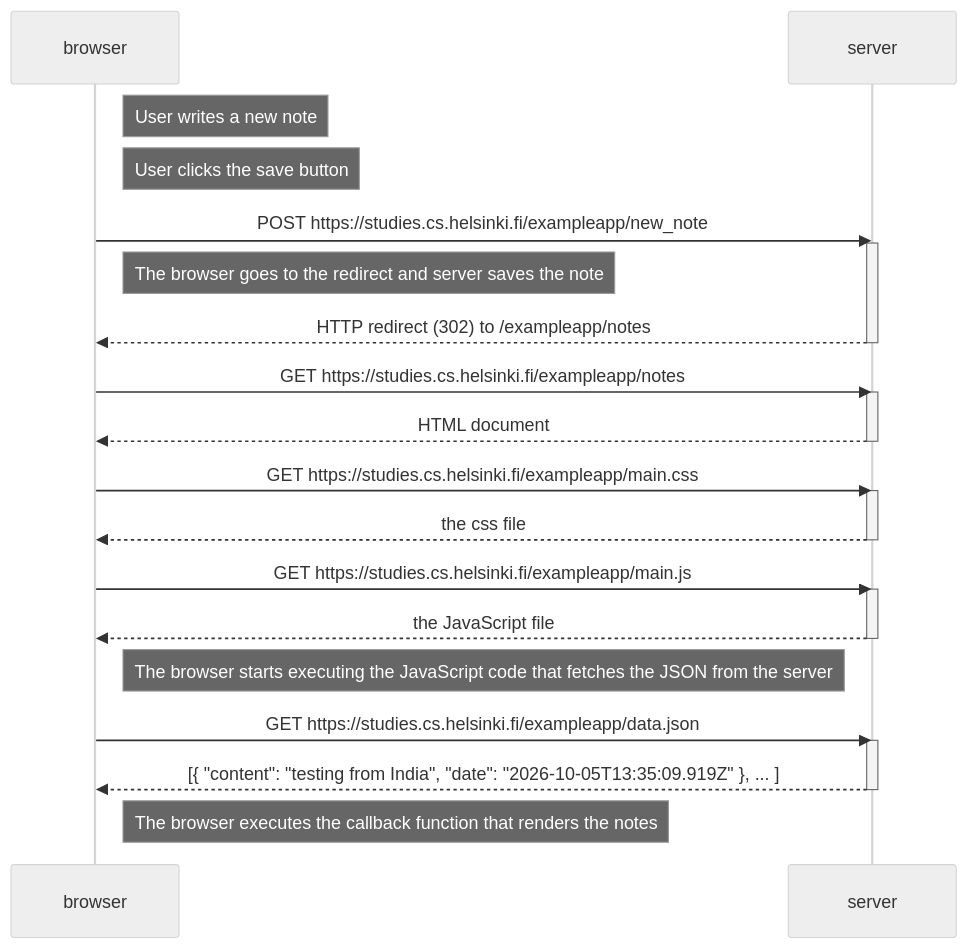
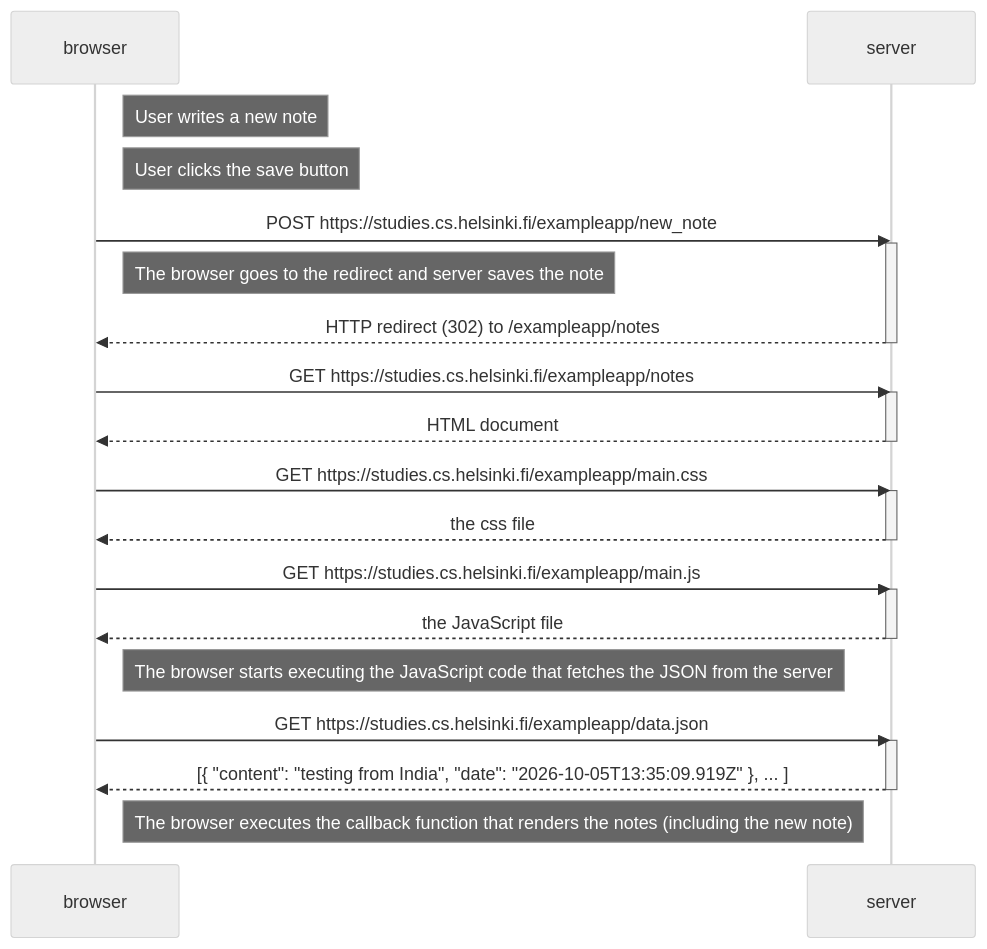
The diagram in osa0/0.4.md (nobepe/full-stack-open), drawn with Mermaid (neutral theme) before and after one commit.

Commit message:
final 0.4.md & updated description
en oikein täysin vielä voi sanoa varmaksi että olisi täysin oikein mutta mitä jäi luvusta käteen niin niillä eväillä näyttäisi minun harjoittamattomaan silmään ihan järkevältä == final versio

````diff
--- a/osa0/0.4.md
+++ b/osa0/0.4.md
@@ -1,38 +1,38 @@
 ```mermaid
 sequenceDiagram
     participant browser
     participant server
 
     Note right of browser: User writes a new note
     Note right of browser: User clicks the save button
 
     browser->>server: POST https://studies.cs.helsinki.fi/exampleapp/new_note
     activate server
     Note right of browser: The browser goes to the redirect and server saves the note
     server-->>browser: HTTP redirect (302) to /exampleapp/notes
     deactivate server
 
     browser->>server: GET https://studies.cs.helsinki.fi/exampleapp/notes
     activate server
     server-->>browser: HTML document
     deactivate server
 
     browser->>server: GET https://studies.cs.helsinki.fi/exampleapp/main.css
     activate server
     server-->>browser: the css file
     deactivate server
 
     browser->>server: GET https://studies.cs.helsinki.fi/exampleapp/main.js
     activate server
     server-->>browser: the JavaScript file
     deactivate server
 
     Note right of browser: The browser starts executing the JavaScript code that fetches the JSON from the server
 
     browser->>server: GET https://studies.cs.helsinki.fi/exampleapp/data.json
     activate server
     server-->>browser: [{ "content": "testing from India", "date": "2026-10-05T13:35:09.919Z" }, ... ]
     deactivate server  
 
-    Note right of browser: The browser executes the callback function that renders the notes
+    Note right of browser: The browser executes the callback function that renders the notes (including the new note)
 ```
````
